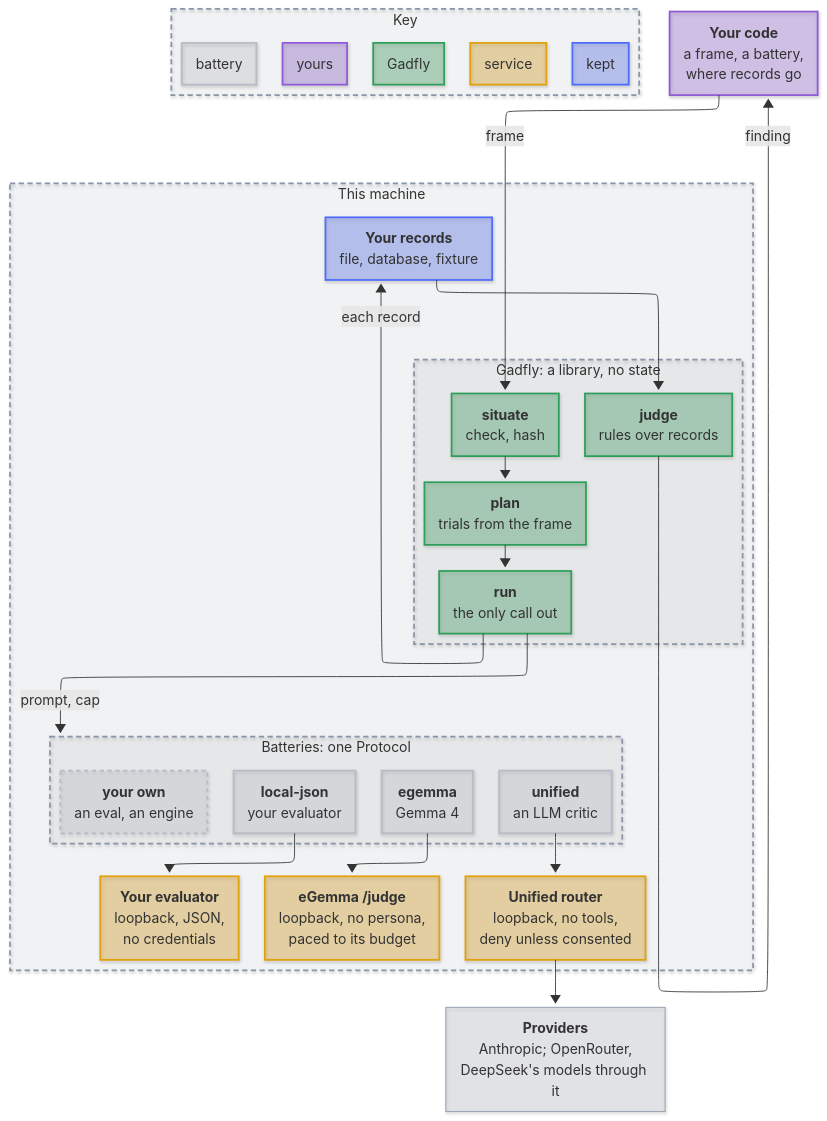
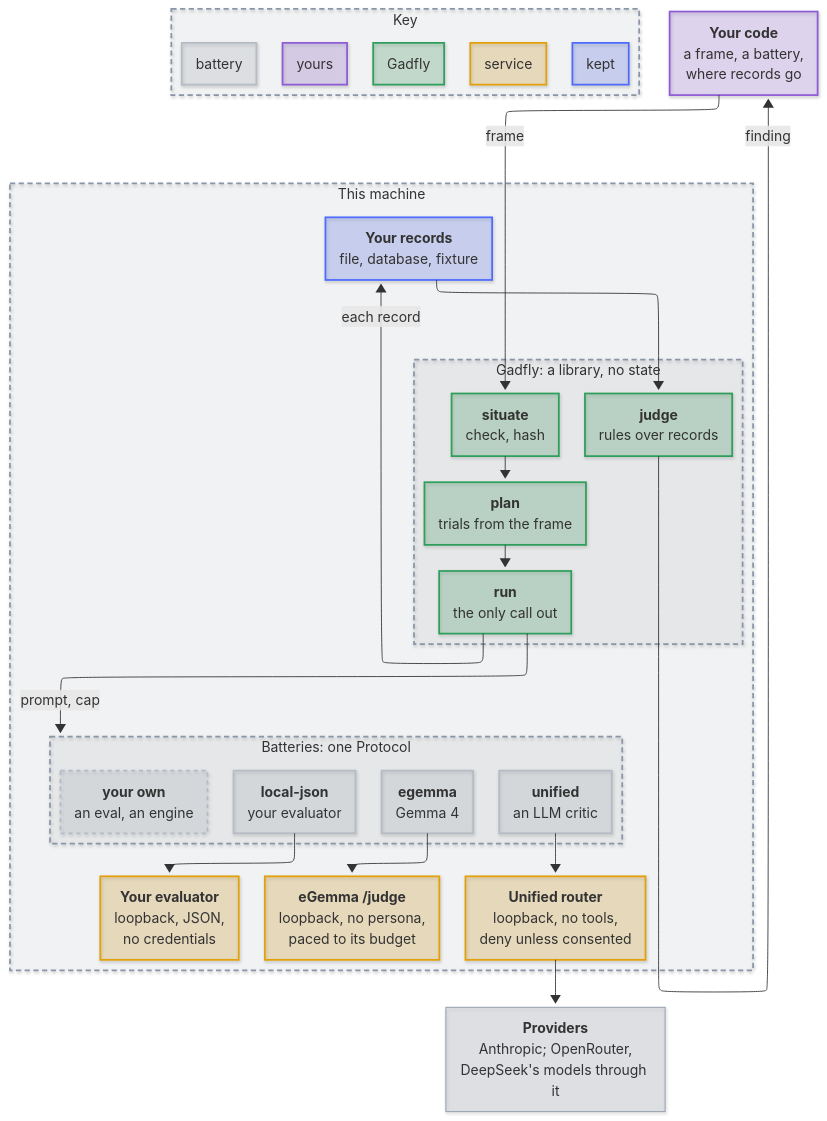
One commit to mirzahusadzic/gadfly changed the diagram in docs/architecture.md. Above: the diagram before and after it, drawn with Mermaid. The commit also changed other lines of this file and 28 other files, not shown here.

```diff
--- a/docs/architecture.md
+++ b/docs/architecture.md
@@ -86,12 +87,12 @@
     ST --> JU
     JU -->|"finding"| YOU
 
-    classDef default fill:#8a96a82e,stroke:#8a96a8,stroke-width:1px
-    classDef person fill:#8e5bd64d,stroke:#8e5bd6,stroke-width:2px
+    classDef default fill:#8a96a833,stroke:#8a96a8,stroke-width:1px
+    classDef person fill:#8e5bd633,stroke:#8e5bd6,stroke-width:2px
     classDef interface fill:#b5bcc633,stroke:#b5bcc6,stroke-width:2px
-    classDef service fill:#e3a0084d,stroke:#e3a008,stroke-width:2px
-    classDef kept fill:#4d6bfe4d,stroke:#4d6bfe,stroke-width:2px
-    classDef engine fill:#2e9e5b4d,stroke:#2e9e5b,stroke-width:2px
+    classDef service fill:#e3a00833,stroke:#e3a008,stroke-width:2px
+    classDef kept fill:#4d6bfe33,stroke:#4d6bfe,stroke-width:2px
+    classDef engine fill:#2e9e5b33,stroke:#2e9e5b,stroke-width:2px
     classDef group fill:#8a96a814,stroke:#8a96a8,stroke-width:2px,stroke-dasharray:6 4
     class YOU person
     class SI,PL,RU,JU engine
```
